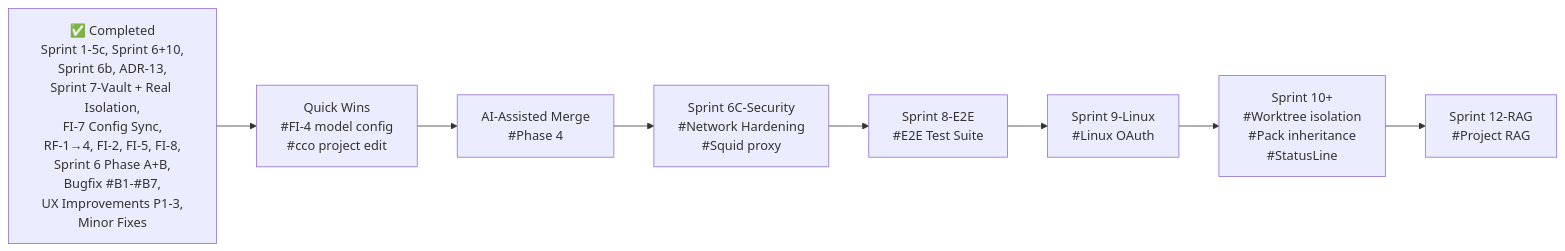
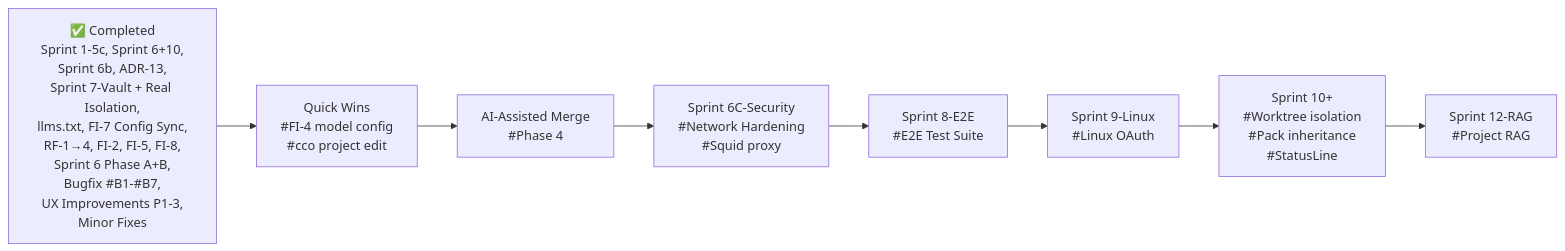
One commit to alergyonthestage/claude-orchestrator changed the diagram in docs/maintainer/decisions/roadmap.md. Above: the diagram before and after it, drawn with Mermaid. The commit also changed other lines of this file, not shown here.

First line of the commit message:
docs(roadmap): add llms.txt sprint, update counts, tag v0.2.0-alpha

````diff
--- a/docs/maintainer/decisions/roadmap.md
+++ b/docs/maintainer/decisions/roadmap.md
@@ -48,20 +48,20 @@
 ```mermaid
 graph LR
-    DONE["✅ Completed<br/>Sprint 1-5c, Sprint 6+10,<br/>Sprint 6b, ADR-13,<br/>Sprint 7-Vault + Real Isolation,<br/>FI-7 Config Sync,<br/>RF-1→4, FI-2, FI-5, FI-8,<br/>Sprint 6 Phase A+B,<br/>Bugfix #B1-#B7,<br/>UX Improvements P1-3,<br/>Minor Fixes"]
+    DONE["✅ Completed<br/>Sprint 1-5c, Sprint 6+10,<br/>Sprint 6b, ADR-13,<br/>Sprint 7-Vault + Real Isolation,<br/>llms.txt, FI-7 Config Sync,<br/>RF-1→4, FI-2, FI-5, FI-8,<br/>Sprint 6 Phase A+B,<br/>Bugfix #B1-#B7,<br/>UX Improvements P1-3,<br/>Minor Fixes"]
 
     QW["Quick Wins<br/>#FI-4 model config<br/>#cco project edit"]
     AIM["AI-Assisted Merge<br/>#Phase 4"]
     S6S["Sprint 6C-Security<br/>#Network Hardening<br/>#Squid proxy"]
     S8E["Sprint 8-E2E<br/>#E2E Test Suite"]
     S9L["Sprint 9-Linux<br/>#Linux OAuth"]
     S10["Sprint 10+<br/>#Worktree isolation<br/>#Pack inheritance<br/>#StatusLine"]
     S12R["Sprint 12-RAG<br/>#Project RAG"]
 
     DONE --> QW
     QW --> AIM
     AIM --> S6S
     S6S --> S8E
     S8E --> S9L
     S9L --> S10
     S10 --> S12R
 ```
````
